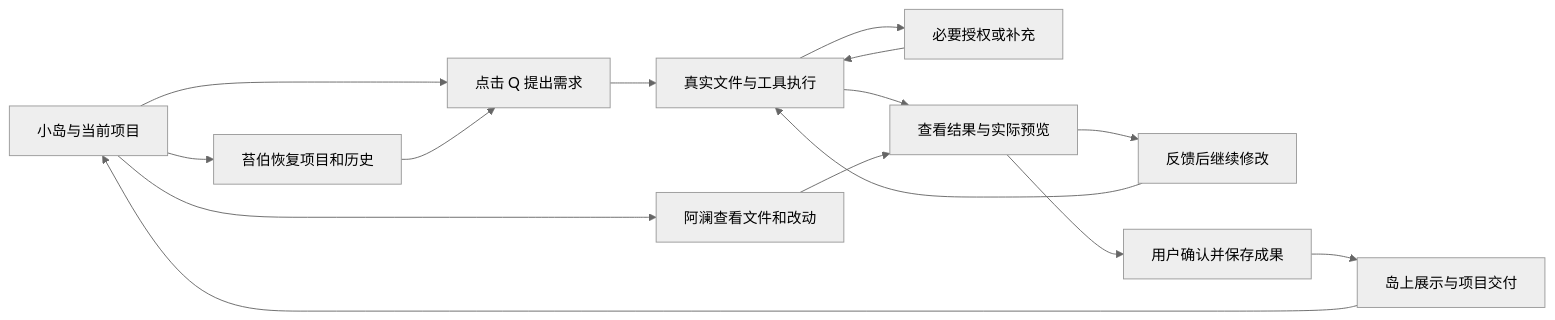
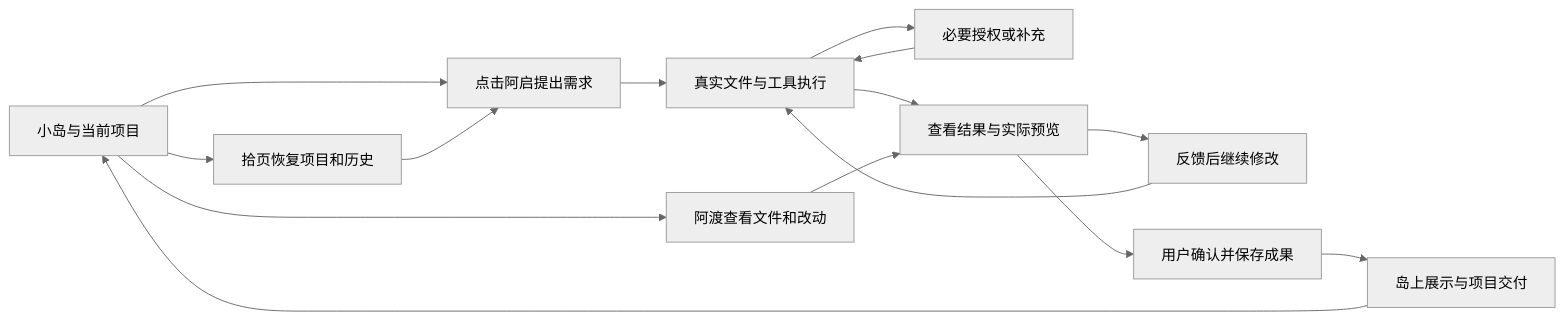
The diagram in docs/product-experience.md (ruijayfeng/creation-island), drawn with Mermaid (neutral theme) before and after one commit. The commit also changed other lines of this file and 8 other files, not shown here.

````diff
--- a/docs/product-experience.md
+++ b/docs/product-experience.md
@@ -90,17 +90,17 @@
 ```mermaid
 flowchart LR
-  A[小岛与当前项目] --> B[点击 Q 提出需求]
+  A[小岛与当前项目] --> B[点击阿启提出需求]
   B --> C[真实文件与工具执行]
   C --> D[必要授权或补充]
   D --> C
   C --> E[查看结果与实际预览]
   E --> F[反馈后继续修改]
   F --> C
   E --> G[用户确认并保存成果]
   G --> H[岛上展示与项目交付]
   H --> A
-  A --> I[苔伯恢复项目和历史]
+  A --> I[拾页恢复项目和历史]
   I --> B
-  A --> J[阿澜查看文件和改动]
+  A --> J[阿渡查看文件和改动]
   J --> E
 ```
````
